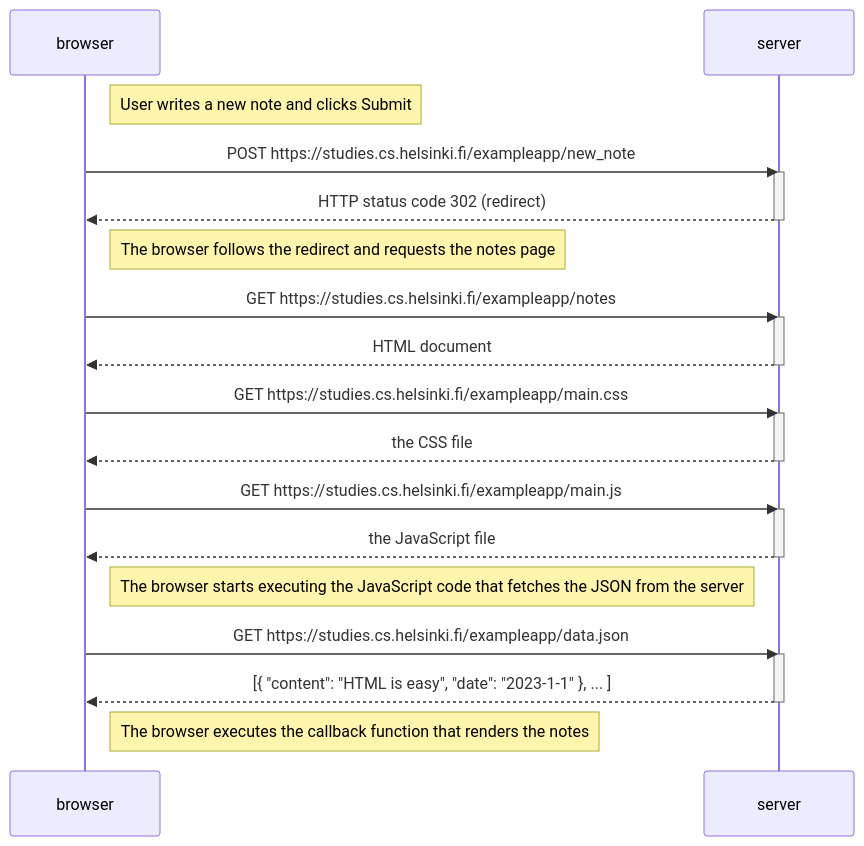
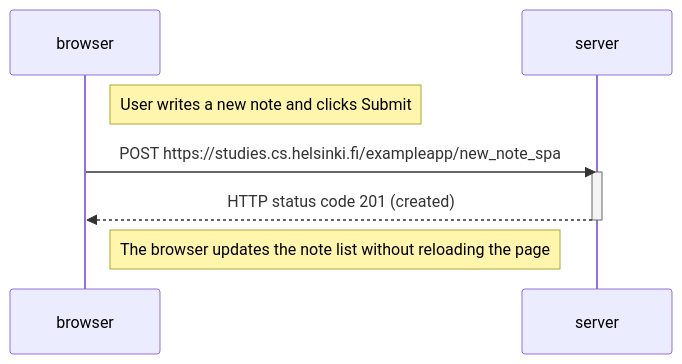
Before and after one commit to rkerkides/FullStackOpen: the diagram in part0/06.md, drawn with Mermaid.

Commit message:
stage unstaged changes

````diff
--- a/part0/06.md
+++ b/part0/06.md
@@ -1,38 +1,14 @@
 ```mermaid
 sequenceDiagram
     participant browser
     participant server
 
     Note right of browser: User writes a new note and clicks Submit
  
-    browser->>server: POST https://studies.cs.helsinki.fi/exampleapp/new_note
+    browser->>server: POST https://studies.cs.helsinki.fi/exampleapp/new_note_spa
     activate server
-    server-->>browser: HTTP status code 302 (redirect)
+    server-->>browser: HTTP status code 201 (created)
     deactivate server
 
-    Note right of browser: The browser follows the redirect and requests the notes page
-
-    browser->>server: GET https://studies.cs.helsinki.fi/exampleapp/notes
-    activate server
-    server-->>browser: HTML document
-    deactivate server
-
-    browser->>server: GET https://studies.cs.helsinki.fi/exampleapp/main.css
-    activate server
-    server-->>browser: the CSS file
-    deactivate server
-
-    browser->>server: GET https://studies.cs.helsinki.fi/exampleapp/main.js
-    activate server
-    server-->>browser: the JavaScript file
-    deactivate server
-
-    Note right of browser: The browser starts executing the JavaScript code that fetches the JSON from the server
-
-    browser->>server: GET https://studies.cs.helsinki.fi/exampleapp/data.json
-    activate server
-    server-->>browser: [{ "content": "HTML is easy", "date": "2023-1-1" }, ... ]
-    deactivate server
-
-    Note right of browser: The browser executes the callback function that renders the notes
+    Note right of browser: The browser updates the note list without reloading the page
 ```
````
